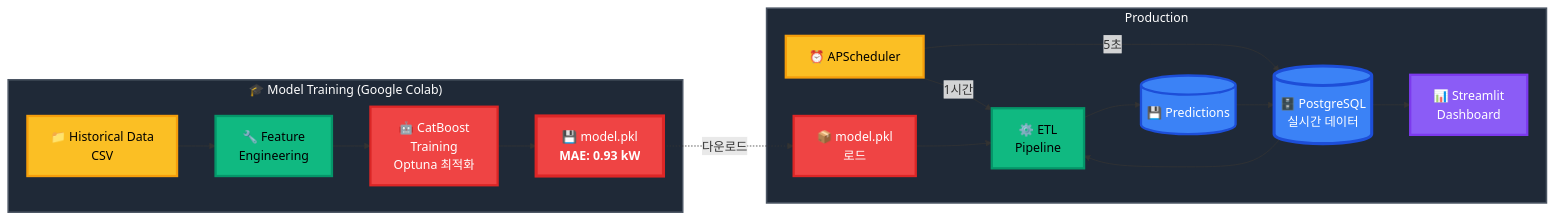
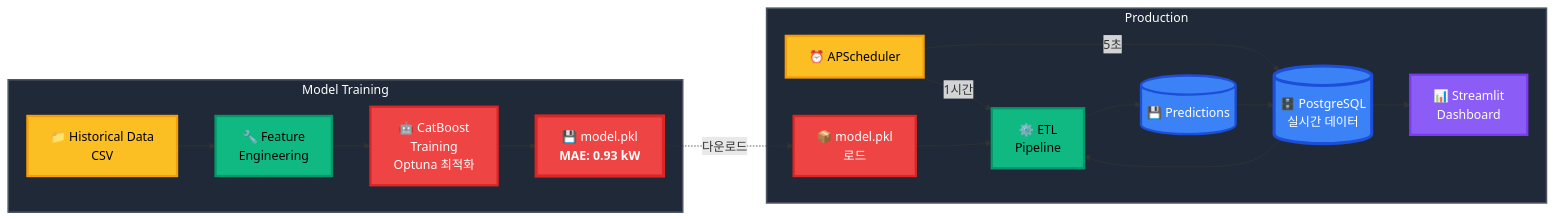
The fifth of 8 diagrams in README.md (ParkJH0313/smart-factory-power), drawn with Mermaid before and after one commit.

````diff
--- a/README.md
+++ b/README.md
@@ -151,44 +151,44 @@
 ```mermaid
 graph LR
-    subgraph Training["🎓 Model Training (Google Colab)"]
+    subgraph Training[" Model Training "]
         T1["📁 Historical Data<br/>CSV"]
         T2["🔧 Feature<br/>Engineering"]
         T3["🤖 CatBoost<br/>Training<br/>Optuna 최적화"]
         T4["💾 model.pkl<br/><b>MAE: 0.93 kW</b>"]
     end
     
     subgraph Production[" Production "]
         P1["⏰ APScheduler"]
         P2[("🗄️ PostgreSQL<br/>실시간 데이터")]
         P3["📦 model.pkl<br/>로드"]
         P4["⚙️ ETL<br/>Pipeline"]
         P5[("💾 Predictions")]
         P6["📊 Streamlit<br/>Dashboard"]
     end
     
     T1 --> T2
     T2 --> T3
     T3 --> T4
     T4 -.->|"다운로드"| P3
     
     P1 -->|"5초"| P2
     P1 -->|"1시간"| P4
     P2 --> P4
     P3 --> P4
     P4 --> P5
     P5 --> P2
     P2 --> P6
     
     style T1 fill:#fbbf24,stroke:#f59e0b,stroke-width:3px,color:#000
     style T2 fill:#10b981,stroke:#059669,stroke-width:3px,color:#000
     style T3 fill:#ef4444,stroke:#dc2626,stroke-width:3px,color:#fff
     style T4 fill:#ef4444,stroke:#dc2626,stroke-width:4px,color:#fff
     style P1 fill:#fbbf24,stroke:#f59e0b,stroke-width:3px,color:#000
     style P2 fill:#3b82f6,stroke:#1d4ed8,stroke-width:4px,color:#fff
     style P3 fill:#ef4444,stroke:#dc2626,stroke-width:3px,color:#fff
     style P4 fill:#10b981,stroke:#059669,stroke-width:3px,color:#000
     style P5 fill:#3b82f6,stroke:#1d4ed8,stroke-width:3px,color:#fff
     style P6 fill:#8b5cf6,stroke:#7c3aed,stroke-width:3px,color:#fff
     style Training fill:#1f2937,stroke:#4b5563,stroke-width:2px,color:#fff
     style Production fill:#1f2937,stroke:#4b5563,stroke-width:2px,color:#fff
 ```
````
